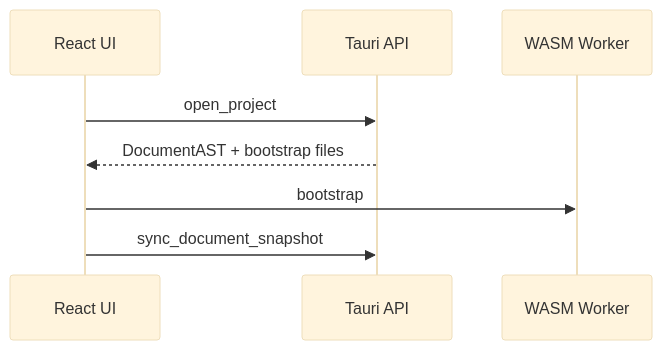
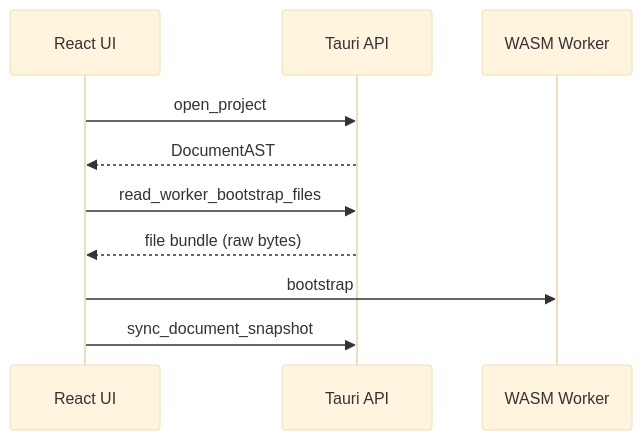
Before and after one commit to andmoreduro/ergo: the fifth of 11 diagrams in context/sequence-diagrams.md, drawn with Mermaid (base theme). The commit also changed other lines of this file and 33 other files, not shown here.

````diff
--- a/context/sequence-diagrams.md
+++ b/context/sequence-diagrams.md
@@ -89,10 +90,12 @@
 ```mermaid
 sequenceDiagram
     participant UI as React UI
     participant API as Tauri API
     participant Worker as WASM Worker
     UI->>API: open_project
-    API-->>UI: DocumentAST + bootstrap files
+    API-->>UI: DocumentAST
+    UI->>API: read_worker_bootstrap_files
+    API-->>UI: file bundle (raw bytes)
     UI->>Worker: bootstrap
     UI->>API: sync_document_snapshot
 ```
````
